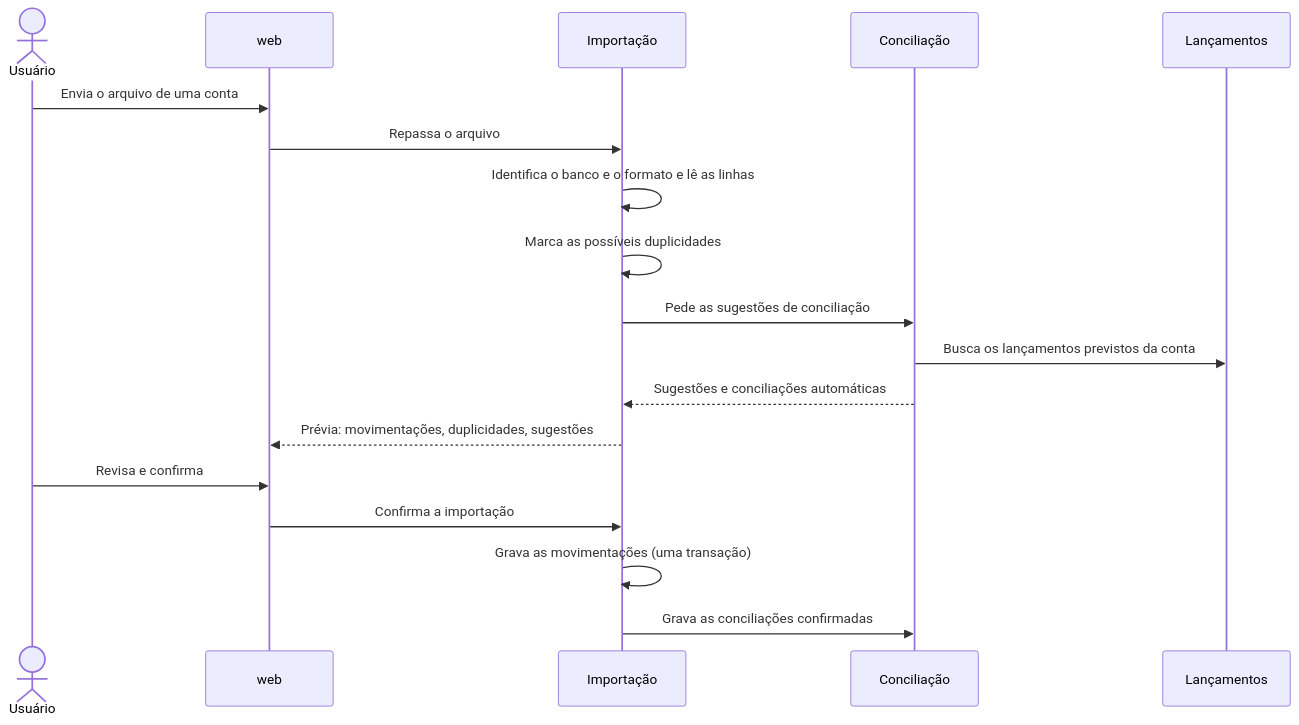
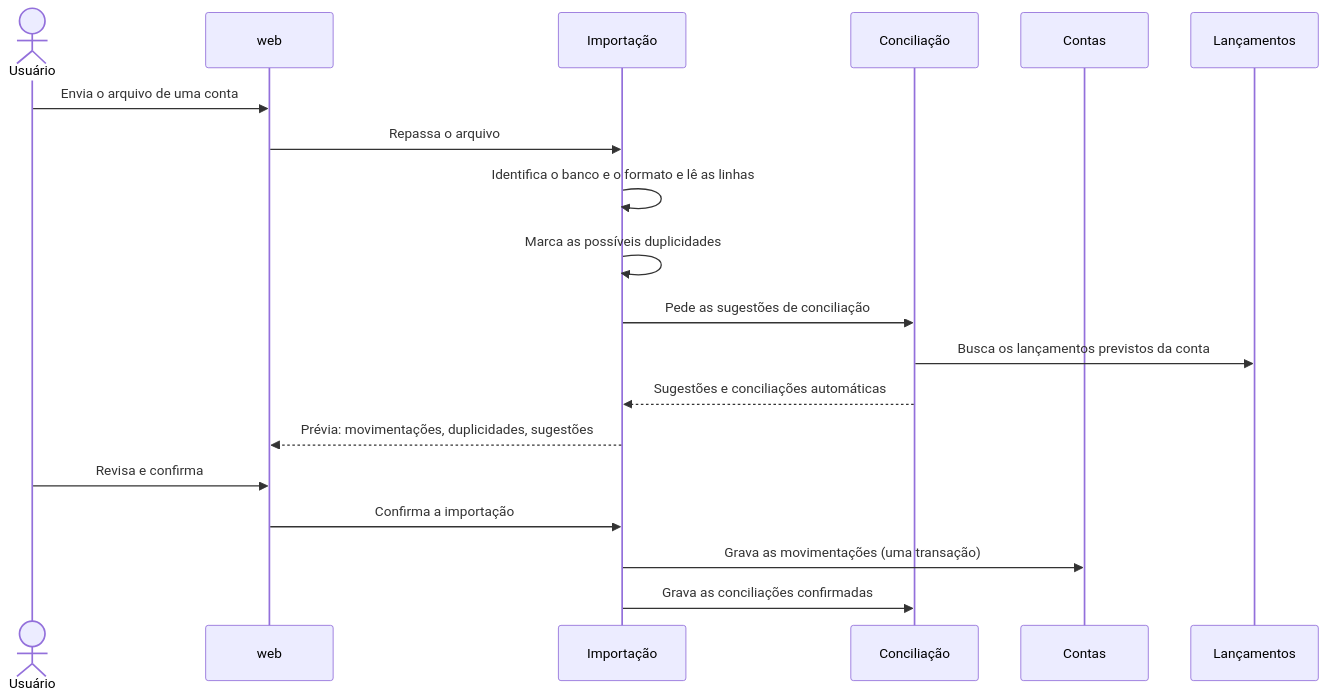
One commit to JulianoRamos/finance changed the second of 2 diagrams in docs/hld.md. Above: the diagram before and after it, drawn with Mermaid. The commit also changed other lines of this file and 1 other file, not shown here.

````diff
--- a/docs/hld.md
+++ b/docs/hld.md
@@ -134,20 +134,21 @@
 ```mermaid
 sequenceDiagram
   actor U as Usuário
   participant W as web
   participant I as Importação
   participant C as Conciliação
+  participant K as Contas
   participant L as Lançamentos
   U->>W: Envia o arquivo de uma conta
   W->>I: Repassa o arquivo
   I->>I: Identifica o banco e o formato e lê as linhas
   I->>I: Marca as possíveis duplicidades
   I->>C: Pede as sugestões de conciliação
   C->>L: Busca os lançamentos previstos da conta
   C-->>I: Sugestões e conciliações automáticas
   I-->>W: Prévia: movimentações, duplicidades, sugestões
   U->>W: Revisa e confirma
   W->>I: Confirma a importação
-  I->>I: Grava as movimentações (uma transação)
+  I->>K: Grava as movimentações (uma transação)
   I->>C: Grava as conciliações confirmadas
 ```
````
